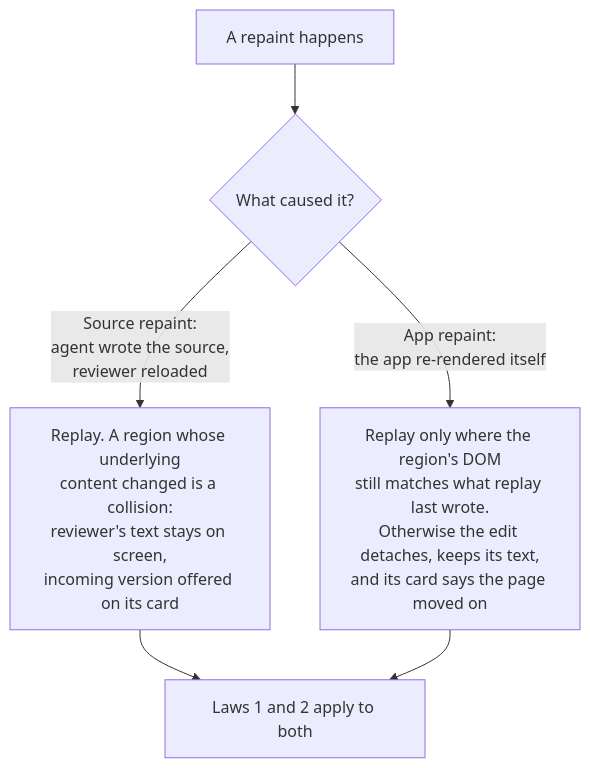
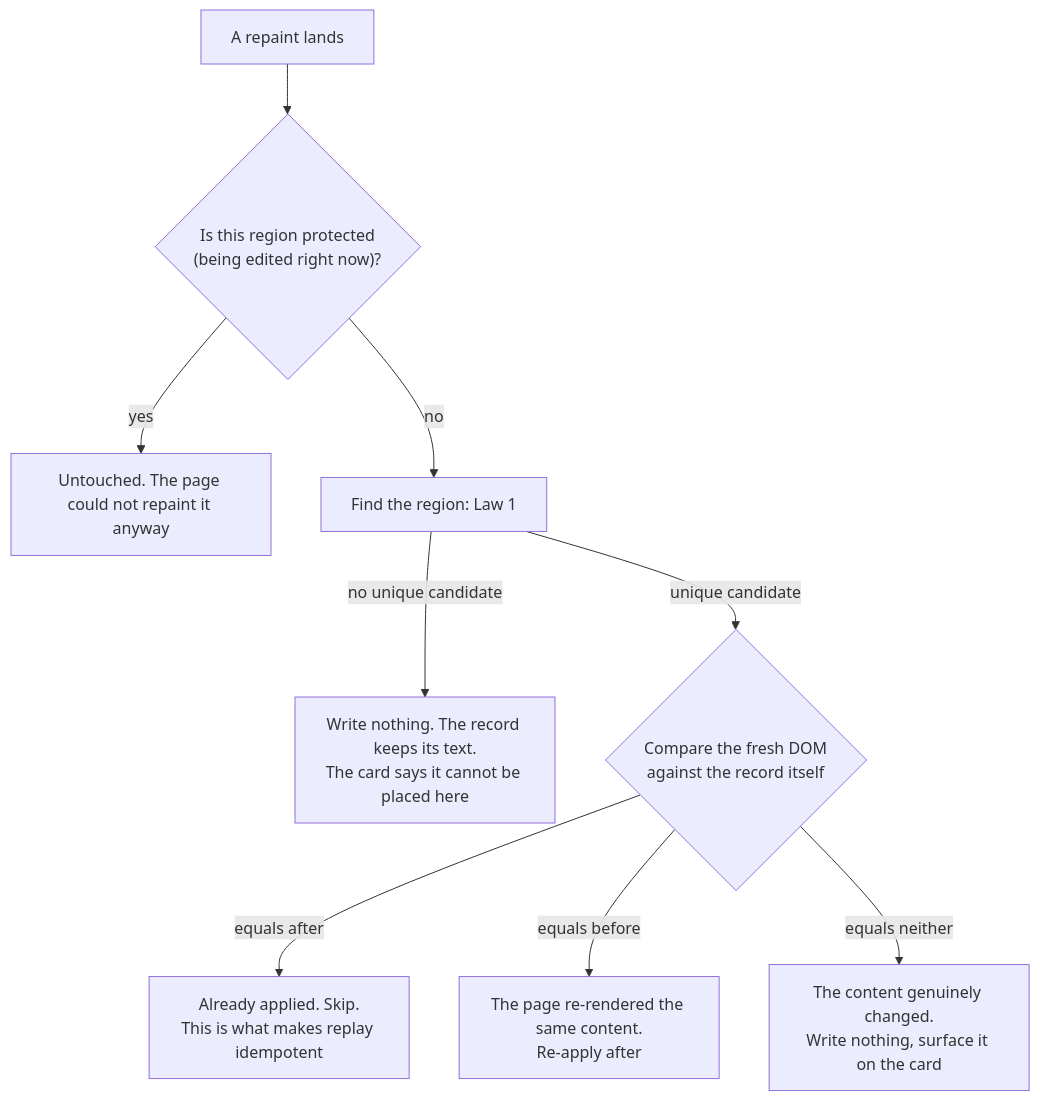
Before and after one commit to kenxle/live-agentic-html-editor: the second of 4 diagrams in docs/features/20260812.01_live_agentic_html_editor/02_architecture_live_agentic_html_editor.md, drawn with Mermaid. The commit also changed other lines of this file, not shown here.

Commit message:
Architecture: protected regions replace repair-after-the-fact; uniqueness predicate; record rev

````diff
--- a/docs/features/20260812.01_live_agentic_html_editor/02_architecture_live_agentic_html_editor.md
+++ b/docs/features/20260812.01_live_agentic_html_editor/02_architecture_live_agentic_html_editor.md
@@ -175,8 +158,11 @@
 ```mermaid
 flowchart TD
-    Repaint["A repaint happens"] --> Kind{"What caused it?"}
-    Kind -->|"Source repaint:<br/>agent wrote the source,<br/>reviewer reloaded"| Src["Replay. A region whose underlying<br/>content changed is a collision:<br/>reviewer's text stays on screen,<br/>incoming version offered on its card"]
-    Kind -->|"App repaint:<br/>the app re-rendered itself"| App["Replay only where the region's DOM<br/>still matches what replay last wrote.<br/>Otherwise the edit detaches, keeps its text,<br/>and its card says the page moved on"]
-    Src --> Laws["Laws 1 and 2 apply to both"]
-    App --> Laws
+    R["A repaint lands"] --> P{"Is this region protected<br/>(being edited right now)?"}
+    P -->|yes| Skip["Untouched. The page could not repaint it anyway"]
+    P -->|no| Find["Find the region: Law 1"]
+    Find -->|"no unique candidate"| Closed["Write nothing. The record keeps its text.<br/>The card says it cannot be placed here"]
+    Find -->|"unique candidate"| Cmp{"Compare the fresh DOM<br/>against the record itself"}
+    Cmp -->|"equals after"| Done["Already applied. Skip.<br/>This is what makes replay idempotent"]
+    Cmp -->|"equals before"| Apply["The page re-rendered the same content.<br/>Re-apply after"]
+    Cmp -->|"equals neither"| Moved["The content genuinely changed.<br/>Write nothing, surface it on the card"]
 ```
````
